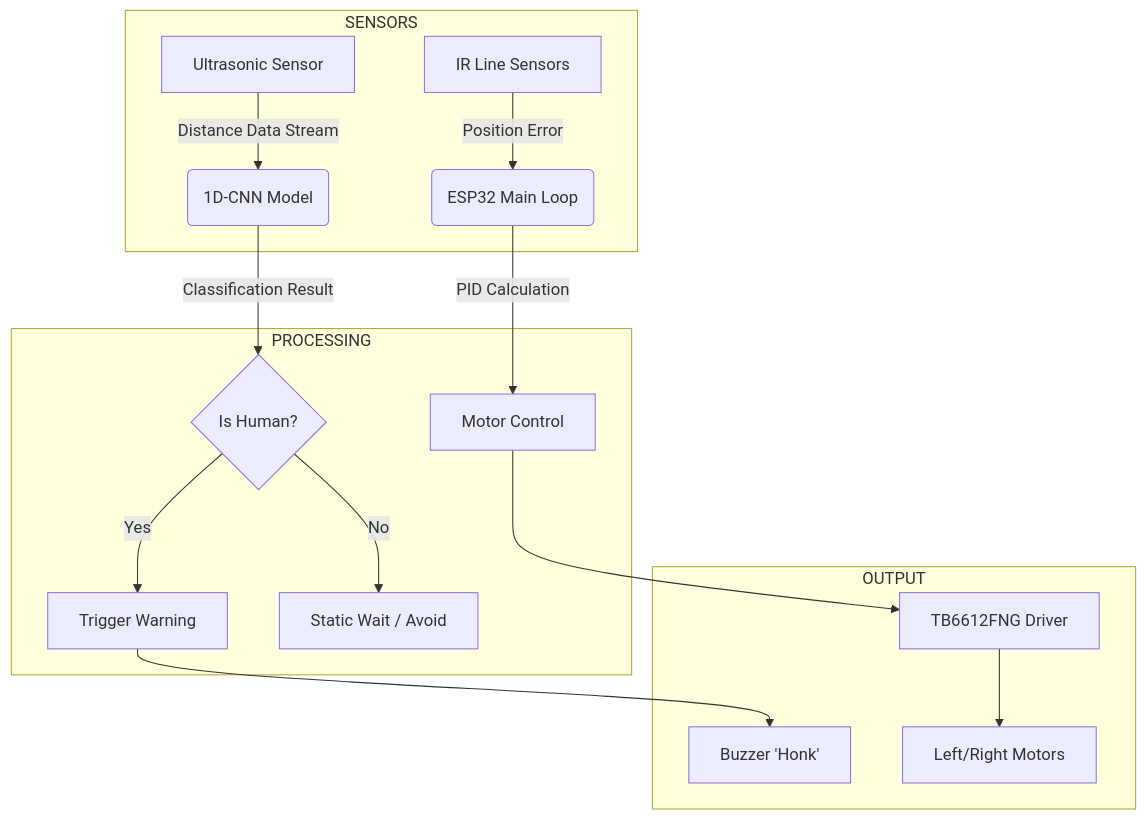
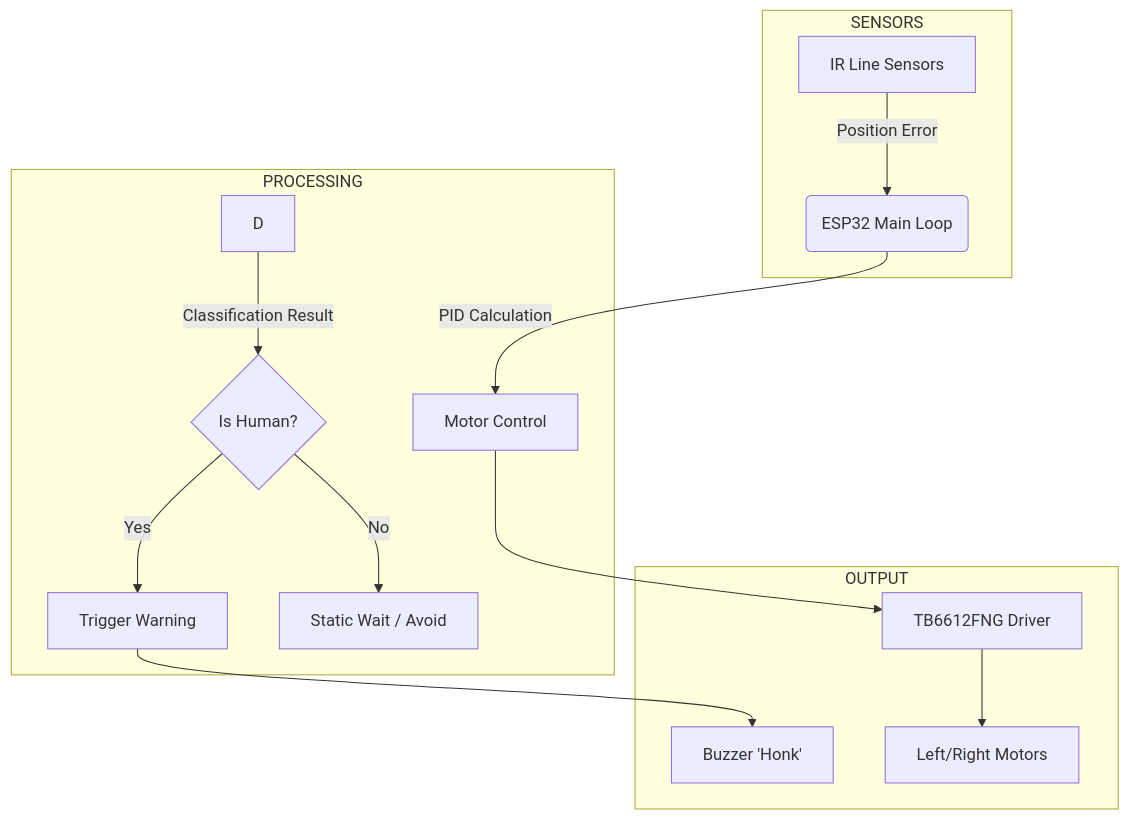
The diagram in README.md (grrrrmar/PROJECT_DocuBot), drawn with Mermaid before and after one commit. The commit also changed other lines of this file, not shown here.

````diff
--- a/README.md
+++ b/README.md
@@ -95,21 +76,20 @@
 ```mermaid
 graph TD
     subgraph SENSORS
     A[IR Line Sensors] -->|Position Error| B(ESP32 Main Loop)
-    C[Ultrasonic Sensor] -->|Distance Data Stream| D(1D-CNN Model)
     end
 
     subgraph PROCESSING
     D -->|Classification Result| E{Is Human?}
     E -- Yes --> F[Trigger Warning]
     E -- No --> G[Static Wait / Avoid]
     B -->|PID Calculation| H[Motor Control]
     end
 
     subgraph OUTPUT
     F --> I[Buzzer 'Honk']
     H --> J[TB6612FNG Driver]
     J --> K[Left/Right Motors]
     end
 
 ```
````
